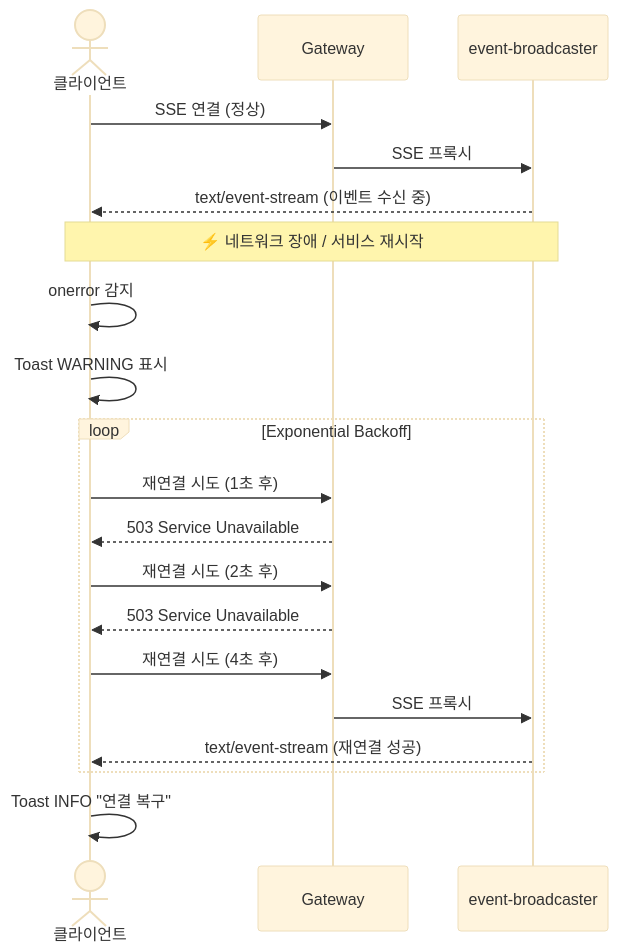
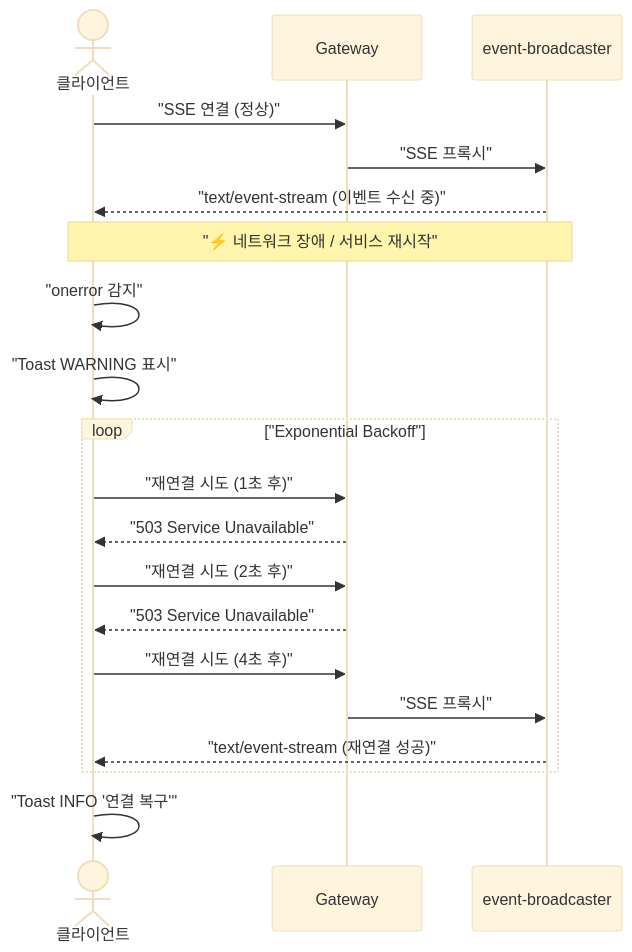
One commit to sayaya1090/handbook changed the third of 4 diagrams in event-broadcaster/USECASE.md. Above: the diagram before and after it, drawn with Mermaid (base theme). The commit also changed other lines of this file and 22 other files, not shown here.

First line of the commit message:
docs: Mermaid 다이어그램 렌더링 오류 수정을 위한 구문 전수 교정

````diff
--- a/event-broadcaster/USECASE.md
+++ b/event-broadcaster/USECASE.md
@@ -127,25 +127,25 @@
 ```mermaid
 sequenceDiagram
     actor Client as 클라이언트
     participant GW as Gateway
     participant EB as event-broadcaster
 
-    Client->>GW: SSE 연결 (정상)
-    GW->>EB: SSE 프록시
-    EB-->>Client: text/event-stream (이벤트 수신 중)
-    Note over Client,EB: ⚡ 네트워크 장애 / 서비스 재시작
-    Client->>Client: onerror 감지
-    Client->>Client: Toast WARNING 표시
+    Client->>GW: "SSE 연결 (정상)"
+    GW->>EB: "SSE 프록시"
+    EB-->>Client: "text/event-stream (이벤트 수신 중)"
+    Note over Client,EB: "⚡ 네트워크 장애 / 서비스 재시작"
+    Client->>Client: "onerror 감지"
+    Client->>Client: "Toast WARNING 표시"
 
-    loop Exponential Backoff
-        Client->>GW: 재연결 시도 (1초 후)
-        GW-->>Client: 503 Service Unavailable
-        Client->>GW: 재연결 시도 (2초 후)
-        GW-->>Client: 503 Service Unavailable
-        Client->>GW: 재연결 시도 (4초 후)
-        GW->>EB: SSE 프록시
-        EB-->>Client: text/event-stream (재연결 성공)
+    loop "Exponential Backoff"
+        Client->>GW: "재연결 시도 (1초 후)"
+        GW-->>Client: "503 Service Unavailable"
+        Client->>GW: "재연결 시도 (2초 후)"
+        GW-->>Client: "503 Service Unavailable"
+        Client->>GW: "재연결 시도 (4초 후)"
+        GW->>EB: "SSE 프록시"
+        EB-->>Client: "text/event-stream (재연결 성공)"
     end
 
-    Client->>Client: Toast INFO "연결 복구"
+    Client->>Client: "Toast INFO '연결 복구'"
 ```
````
